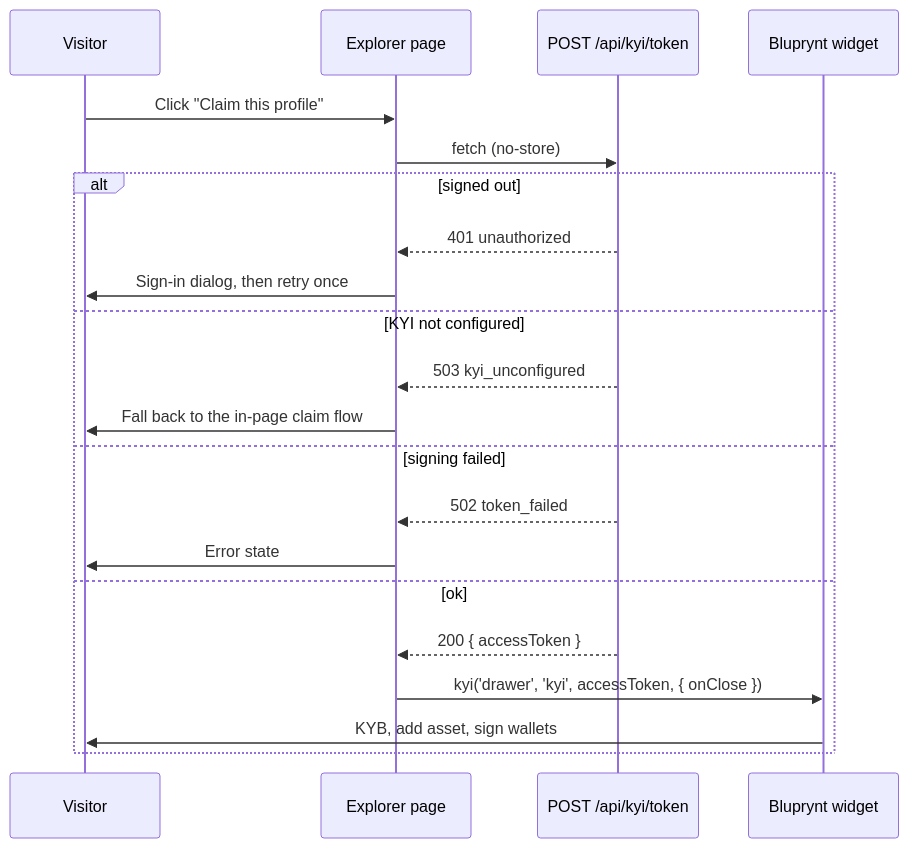
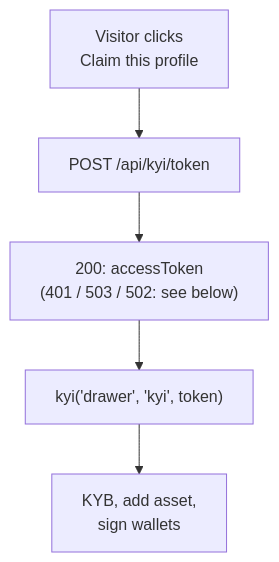
Before and after one commit to blupryntco/docs: the diagram in sdk/example-explorer-claim.mdx, drawn with Mermaid. The commit also changed 1 other file, not shown here.

Commit message:
SDK: single-column flowcharts so diagrams stay readable at 390px

````diff
--- a/sdk/example-explorer-claim.mdx
+++ b/sdk/example-explorer-claim.mdx
@@ -13,23 +13,7 @@
 ```mermaid
-sequenceDiagram
-  participant V as Visitor
-  participant W as Explorer page
-  participant S as POST /api/kyi/token
-  participant B as Bluprynt widget
-  V->>W: Click "Claim this profile"
-  W->>S: fetch (no-store)
-  alt signed out
-    S-->>W: 401 unauthorized
-    W->>V: Sign-in dialog, then retry once
-  else KYI not configured
-    S-->>W: 503 kyi_unconfigured
-    W->>V: Fall back to the in-page claim flow
-  else signing failed
-    S-->>W: 502 token_failed
-    W->>V: Error state
-  else ok
-    S-->>W: 200 { accessToken }
-    W->>B: kyi('drawer', 'kyi', accessToken, { onClose })
-    B->>V: KYB, add asset, sign wallets
-  end
+flowchart TD
+  A["Visitor clicks<br/>Claim this profile"] --> B["POST /api/kyi/token"]
+  B --> C["200: accessToken<br/>(401 / 503 / 502: see below)"]
+  C --> D["kyi('drawer', 'kyi', token)"]
+  D --> E["KYB, add asset,<br/>sign wallets"]
 ```
````
